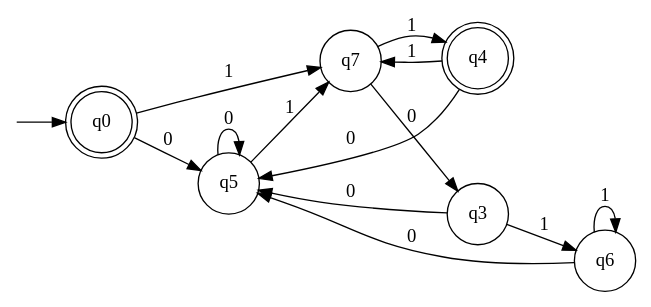
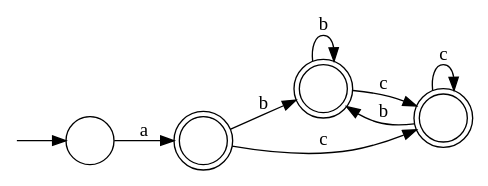
The diagram in dfa.dot (water-mizuu/finite_automata_conversion), drawn with Graphviz before and after one commit. The commit also changed 10 other files, not shown here.

```diff
--- a/dfa.dot
+++ b/dfa.dot
@@ -1,25 +1,16 @@
 digraph G {
   rankdir=LR;
   n__ [label="" shape=none width=.0];
-  0 [shape=doublecircle label="q0"]
-  1 [shape=doublecircle label="q1"]
-  2 [shape=circle label="q2"]
-  3 [shape=circle label="q3"]
-  8 [shape=doublecircle label="q4"]
-  1 [shape=circle label="q5"]
-  4 [shape=circle label="q6"]
-  2 [shape=circle label="q7"]
+  0 [shape=circle label=""]
+  1 [shape=doublecircle label=""]
+  2 [shape=doublecircle label=""]
+  3 [shape=doublecircle label=""]
   n__ -> 0;
-  0 -> 1 [label="0"]
-  0 -> 2 [label="1"]
-  1 -> 1 [label="0"]
-  1 -> 2 [label="1"]
-  2 -> 3 [label="0"]
-  2 -> 8 [label="1"]
-  3 -> 1 [label="0"]
-  3 -> 4 [label="1"]
-  8 -> 1 [label="0"]
-  8 -> 2 [label="1"]
-  4 -> 1 [label="0"]
-  4 -> 4 [label="1"]
+  0 -> 1 [label="a"]
+  1 -> 2 [label="b"]
+  1 -> 3 [label="c"]
+  2 -> 2 [label="b"]
+  2 -> 3 [label="c"]
+  3 -> 2 [label="b"]
+  3 -> 3 [label="c"]
 }
```
